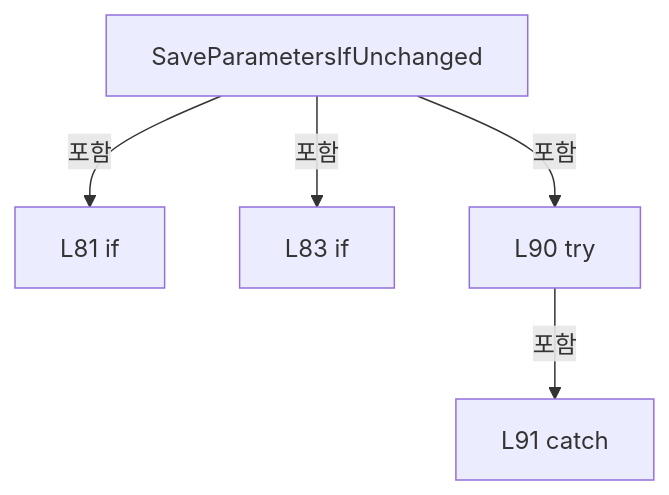
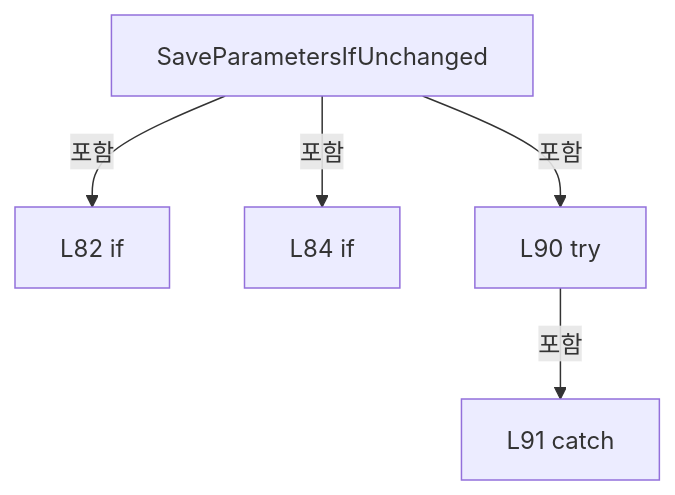
The third of 18 diagrams in A3 LD Code Ref/files/Drilling.Common/Managers/CRecipeManager.cs.md (kjuws10-rgb/Shared), drawn with Mermaid before and after one commit. The commit also changed other lines of this file and 2071 other files, not shown here.

Commit message:
docs(a3): update 11.19.0 architecture and code reference

````diff
--- a/A3 LD Code Ref/files/Drilling.Common/Managers/CRecipeManager.cs.md
+++ b/A3 LD Code Ref/files/Drilling.Common/Managers/CRecipeManager.cs.md
@@ -638,12 +639,12 @@
 ```mermaid
 flowchart TD
  M["SaveParametersIfUnchanged"]
- N0["L81 if"]
+ N0["L82 if"]
  M -->|포함| N0
- N1["L83 if"]
+ N1["L84 if"]
  M -->|포함| N1
  N2["L90 try"]
  M -->|포함| N2
  N3["L91 catch"]
  N2 -->|포함| N3
 ```
````
